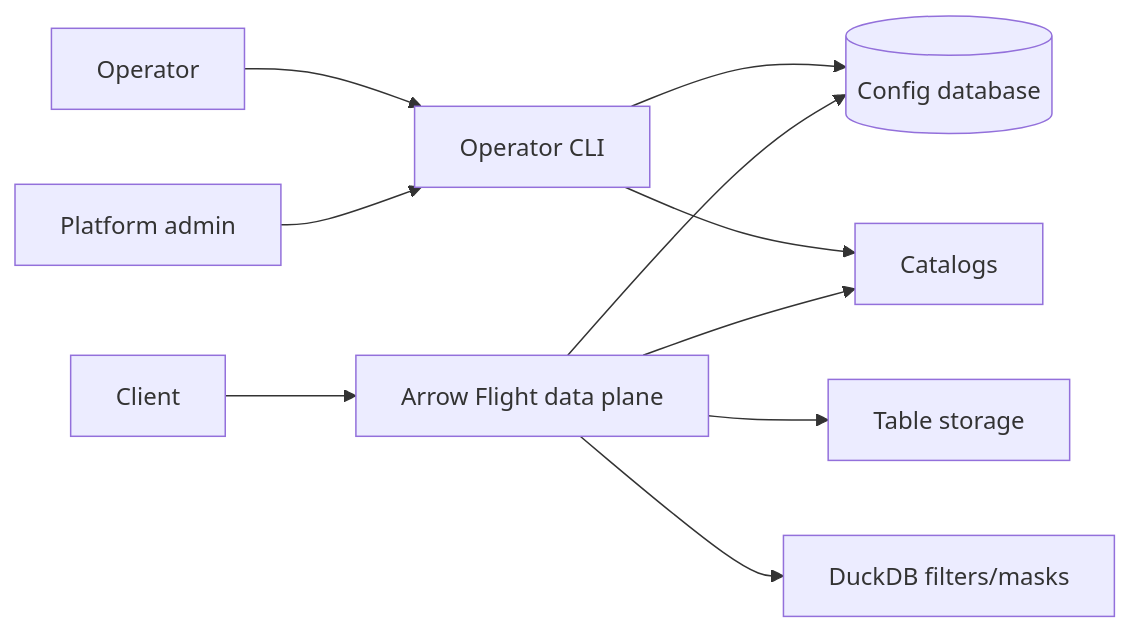
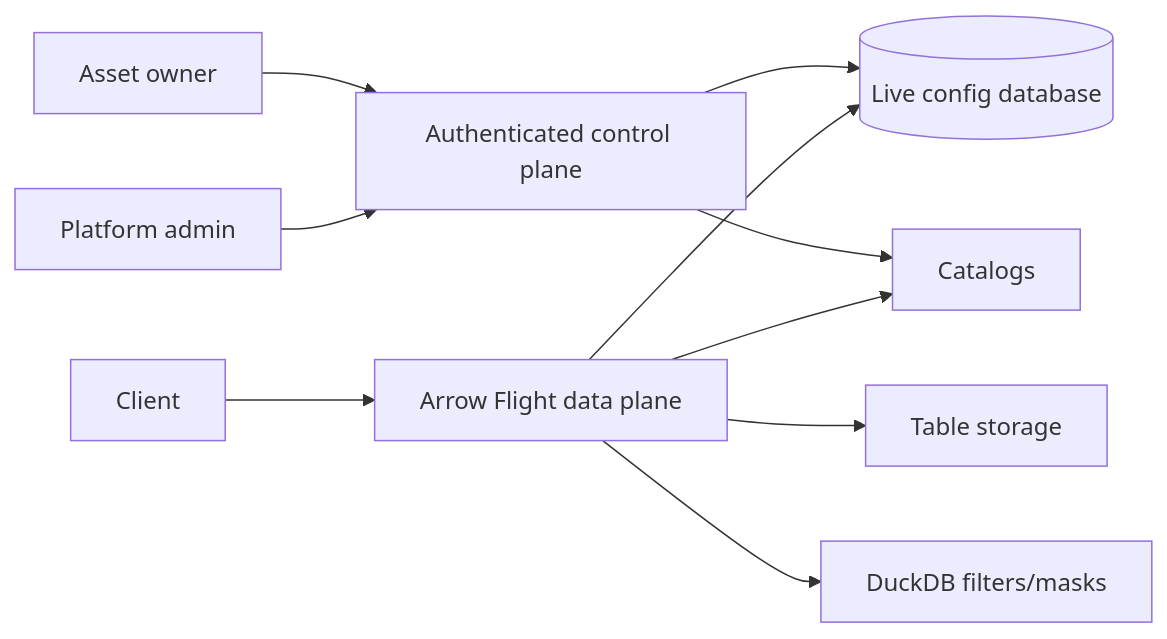
One commit to snithish/dal-obscura changed the diagram in README.md. Above: the diagram before and after it, drawn with Mermaid. The commit also changed other lines of this file and 174 other files, not shown here.

````diff
--- a/README.md
+++ b/README.md
@@ -95,12 +97,12 @@
 ```mermaid
 flowchart LR
-    owner["Operator"] --> cp["Operator CLI"]
+    owner["Asset owner"] --> cp["Authenticated control plane"]
     admin["Platform admin"] --> cp
-    cp --> db[("Config database")]
+    cp --> db[("Live config database")]
     cp --> catalog["Catalogs"]
     reader["Client"] --> dp["Arrow Flight data plane"]
     dp --> db
     dp --> catalog
     dp --> table["Table storage"]
     dp --> duckdb["DuckDB filters/masks"]
 ```
````
